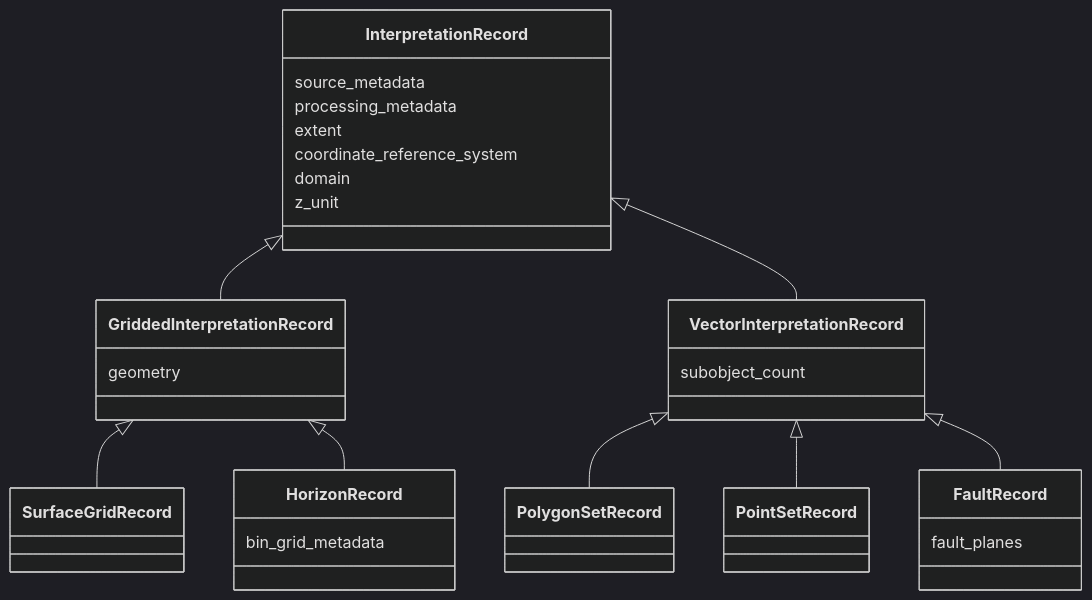
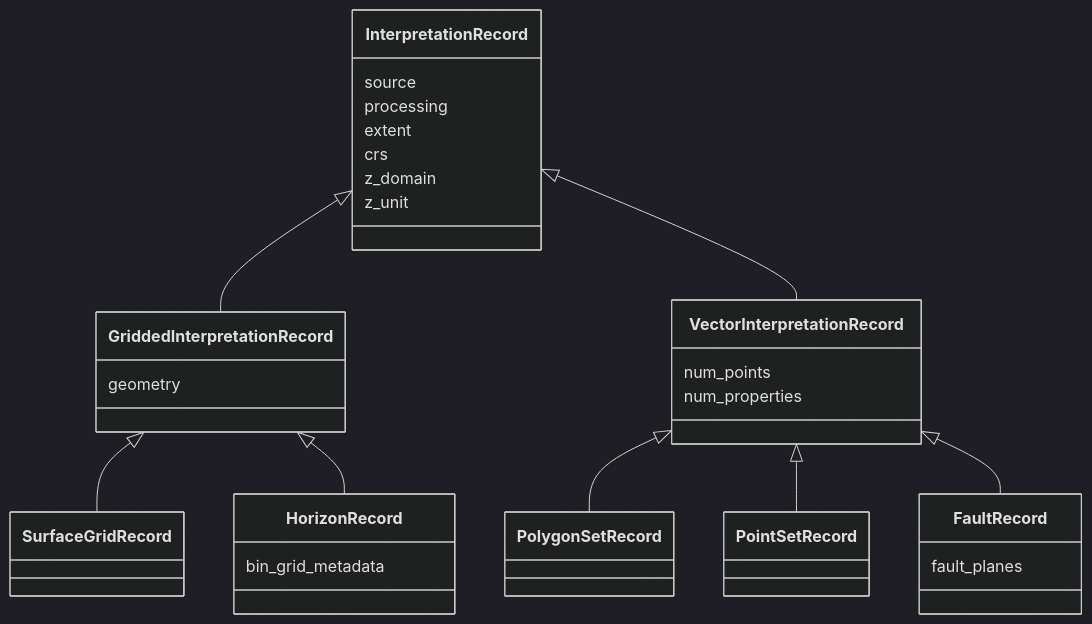
One commit to equinor/interpretation-models changed the diagram in docs/design_interpretations.md. Above: the diagram before and after it, drawn with Mermaid (dark theme). The commit also changed other lines of this file and 12 other files, not shown here.

````diff
--- a/docs/design_interpretations.md
+++ b/docs/design_interpretations.md
@@ -31,38 +31,39 @@
 ```mermaid
 classDiagram
     class InterpretationRecord {
-        source_metadata
-        processing_metadata
+        source
+        processing
         extent
-        coordinate_reference_system
-        domain
+        crs
+        z_domain
         z_unit
     }
 
     class GriddedInterpretationRecord {
         geometry
     }
 
     class VectorInterpretationRecord {
-        subobject_count
+        num_points
+        num_properties
     }
 
     class SurfaceGridRecord
     class HorizonRecord {
         bin_grid_metadata
     }
     class PolygonSetRecord
     class PointSetRecord
     class FaultRecord {
         fault_planes
     }
 
     InterpretationRecord <|-- GriddedInterpretationRecord
     GriddedInterpretationRecord <|-- SurfaceGridRecord
     GriddedInterpretationRecord <|-- HorizonRecord
     InterpretationRecord <|-- VectorInterpretationRecord
     VectorInterpretationRecord  <|-- PolygonSetRecord
     VectorInterpretationRecord  <|-- PointSetRecord
     VectorInterpretationRecord  <|-- FaultRecord
 
 ``` 
````
